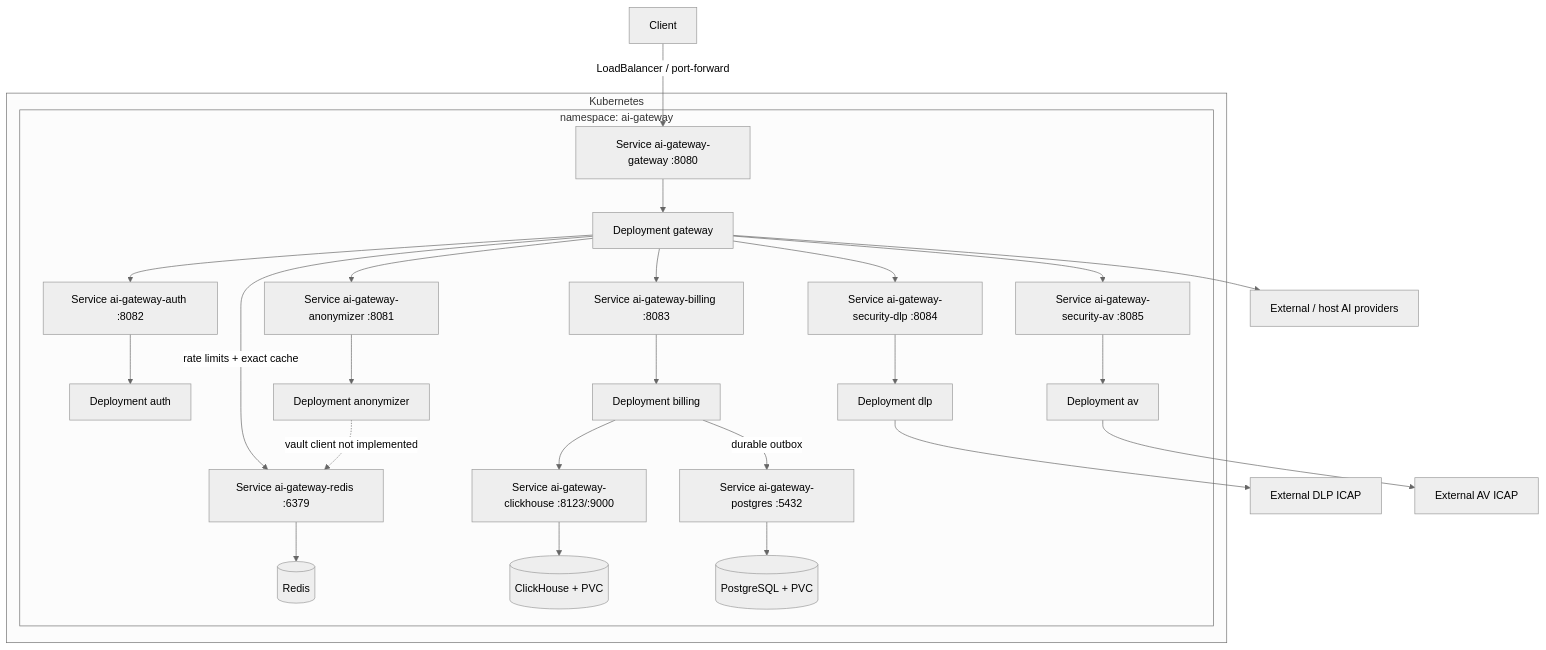
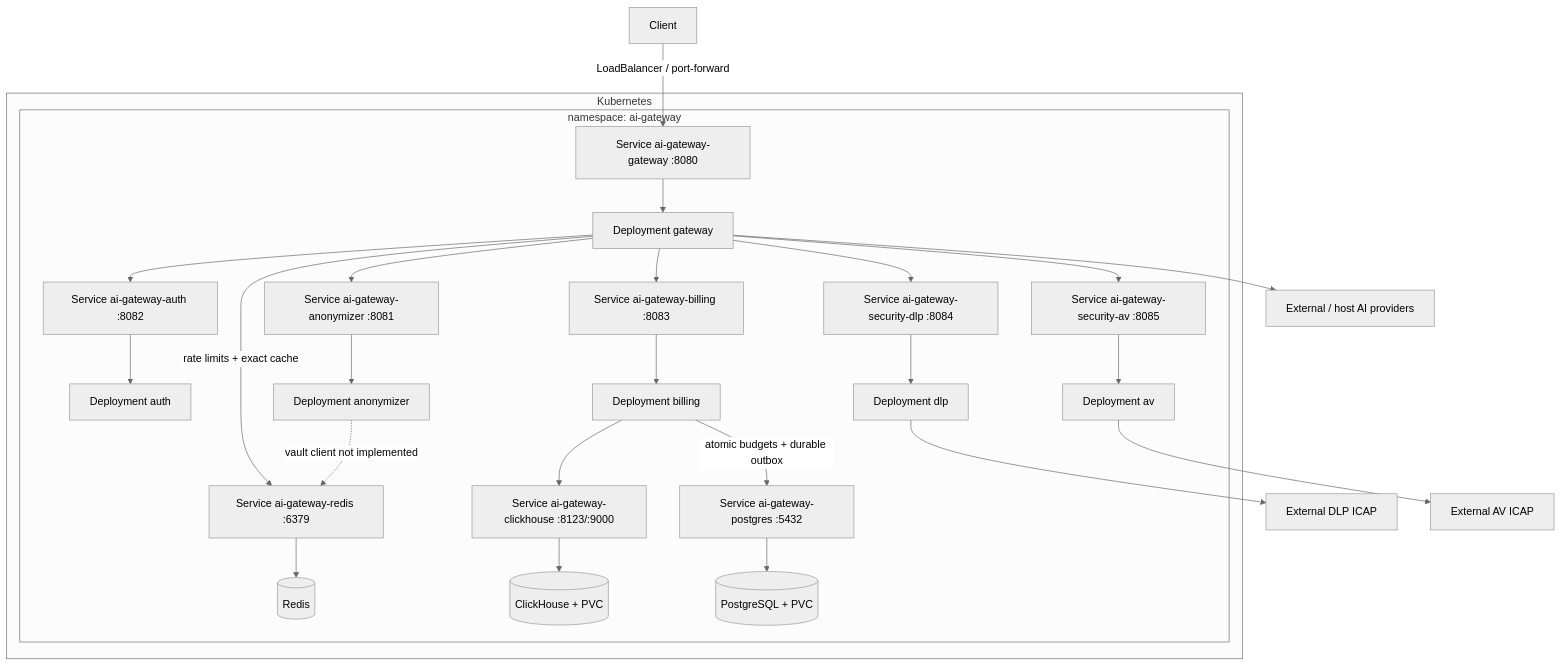
Before and after one commit to NEODjazz/ai-gateway: the fourth of 4 diagrams in docs/architecture.md, drawn with Mermaid (neutral theme). The commit also changed other lines of this file and 24 other files, not shown here.

Commit message:
Enforce atomic multi-scope budgets

````diff
--- a/docs/architecture.md
+++ b/docs/architecture.md
@@ -221,31 +222,31 @@
 ```mermaid
 flowchart TB
     User["Client"] -->|"LoadBalancer / port-forward"| GwSvc
 
     subgraph K8s["Kubernetes"]
         subgraph NS["namespace: ai-gateway"]
             GwSvc["Service ai-gateway-gateway :8080"] --> Gw["Deployment gateway"]
             AuthSvc["Service ai-gateway-auth :8082"] --> Auth["Deployment auth"]
             AnonSvc["Service ai-gateway-anonymizer :8081"] --> Anon["Deployment anonymizer"]
             BillingSvc["Service ai-gateway-billing :8083"] --> Billing["Deployment billing"]
             DlpSvc["Service ai-gateway-security-dlp :8084"] --> DLP["Deployment dlp"]
             AvSvc["Service ai-gateway-security-av :8085"] --> AV["Deployment av"]
             RedisSvc["Service ai-gateway-redis :6379"] --> Redis[("Redis")]
             ChSvc["Service ai-gateway-clickhouse :8123/:9000"] --> CH[("ClickHouse + PVC")]
             PgSvc["Service ai-gateway-postgres :5432"] --> PG[("PostgreSQL + PVC")]
         end
     end
 
     Gw --> AuthSvc
     Gw --> AnonSvc
     Gw --> BillingSvc
     Gw --> DlpSvc
     Gw --> AvSvc
     Billing --> ChSvc
     Gw -->|"rate limits + exact cache"| RedisSvc
-    Billing -->|"durable outbox"| PgSvc
+    Billing -->|"atomic budgets + durable outbox"| PgSvc
     Anon -. "vault client not implemented" .-> RedisSvc
     DLP --> DlpIcap["External DLP ICAP"]
     AV --> AvIcap["External AV ICAP"]
     Gw --> Providers["External / host AI providers"]
 ```
````
